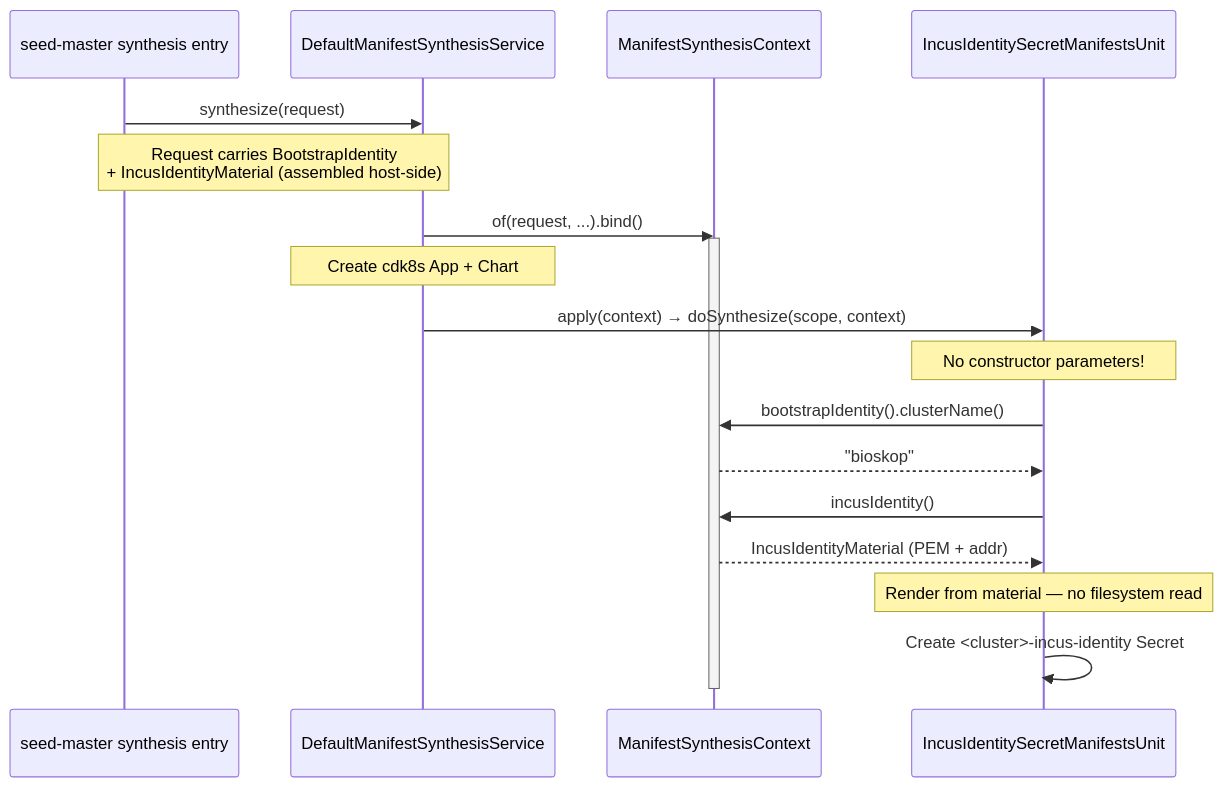
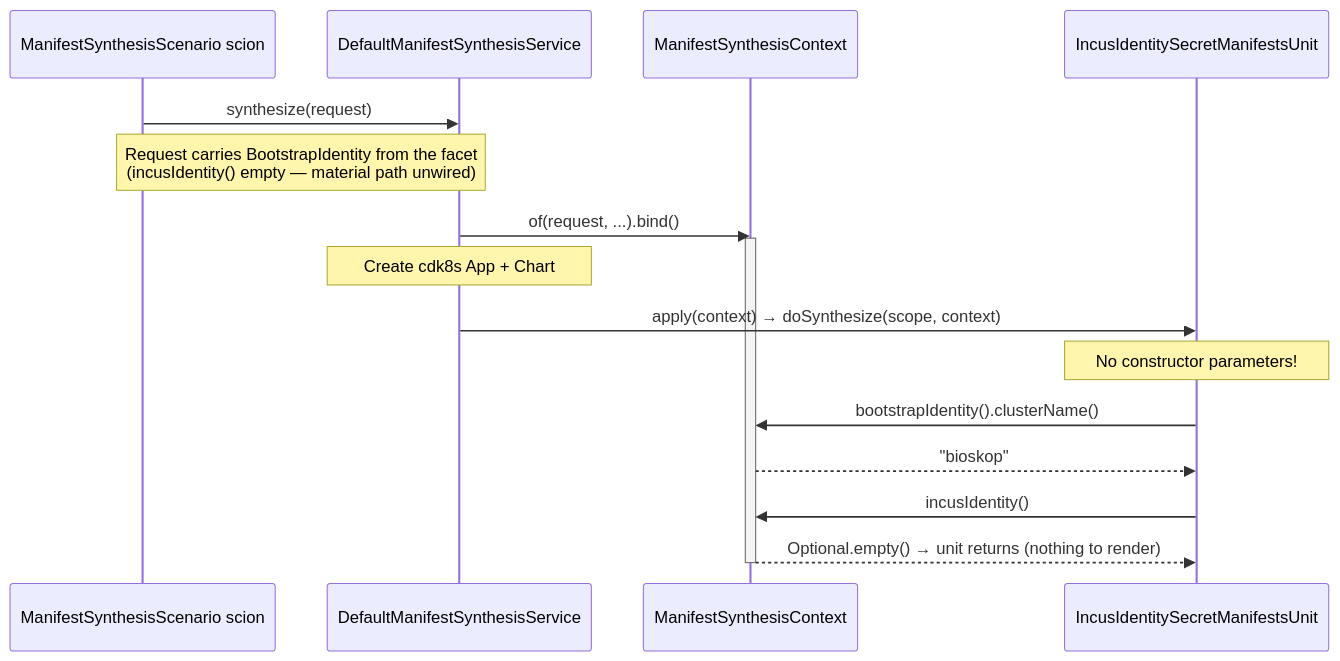
One commit to nxmatic/rke2lab changed the fourth of 4 diagrams in docs/architecture/bootstrap/bootstrap-identity-provider.adoc. Above: the diagram before and after it, drawn with Mermaid. The commit also changed other lines of this file and 35 other files, not shown here.

```diff
--- a/docs/architecture/bootstrap/bootstrap-identity-provider.adoc
+++ b/docs/architecture/bootstrap/bootstrap-identity-provider.adoc
@@ -384,32 +392,28 @@
 [mermaid]
 ----
 sequenceDiagram
-    participant Bootstrap as seed-master synthesis entry
+    participant Bootstrap as ManifestSynthesisScenario scion
     participant Service as DefaultManifestSynthesisService
     participant Context as ManifestSynthesisContext
     participant Unit as IncusIdentitySecretManifestsUnit
 
     Bootstrap->>Service: synthesize(request)
-    Note over Bootstrap,Service: Request carries BootstrapIdentity<br/>+ IncusIdentityMaterial (assembled host-side)
+    Note over Bootstrap,Service: Request carries BootstrapIdentity from the facet<br/>(incusIdentity() empty — material path unwired)
 
     Service->>Context: of(request, ...).bind()
     activate Context
 
     Note over Service: Create cdk8s App + Chart
 
     Service->>Unit: apply(context) → doSynthesize(scope, context)
 
     Note over Unit: No constructor parameters!
 
     Unit->>Context: bootstrapIdentity().clusterName()
     Context-->>Unit: "bioskop"
 
     Unit->>Context: incusIdentity()
-    Context-->>Unit: IncusIdentityMaterial (PEM + addr)
-
-    Note over Unit: Render from material — no filesystem read
-
-    Unit->>Unit: Create <cluster>-incus-identity Secret
+    Context-->>Unit: Optional.empty() → unit returns (nothing to render)
 
     deactivate Context
 ----
```
